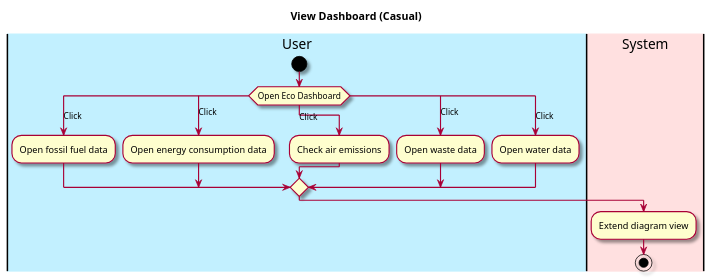
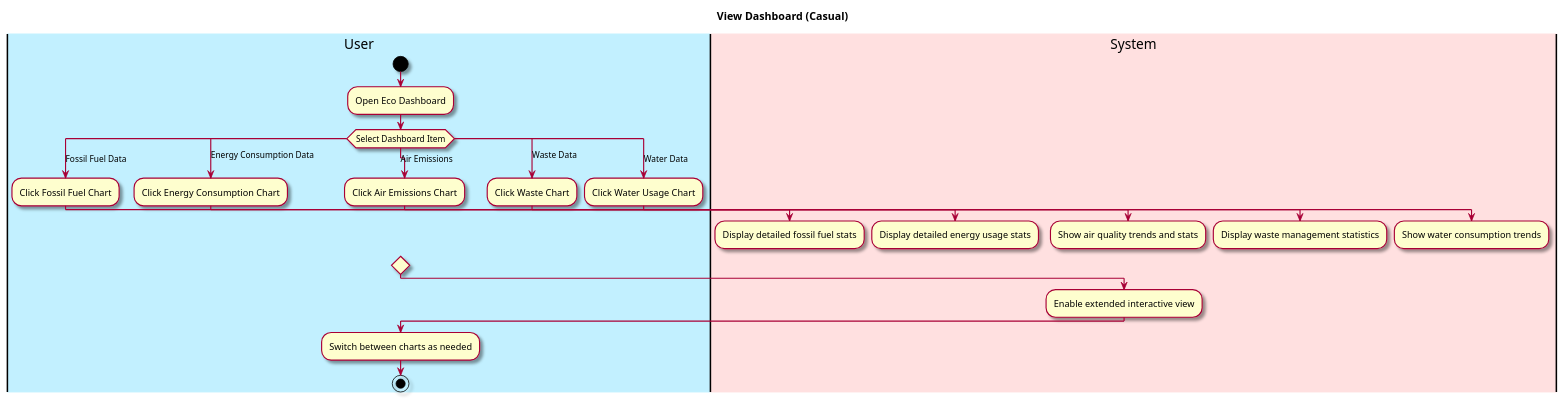
Before and after one commit to owhitleym-ui/EcoScoop: the diagram in intellij/doc/Functional Specification/view-dashboard.md, drawn with PlantUML. The commit also changed 2 other files, not shown here.

Commit message:
Finished updating rest of use cases

````diff
--- a/intellij/doc/Functional Specification/view-dashboard.md
+++ b/intellij/doc/Functional Specification/view-dashboard.md
@@ -23,30 +23,51 @@
 ```plantuml
 @startuml
 
 skin rose
 
 title View Dashboard (Casual)
 
 'define the lanes
 |#application|User|
 |#implementation|System|
 
 |User|
 start
-switch (Open Eco Dashboard)
-    case (Click)
-    :Open fossil fuel data;
-    case (Click)
-    :Open energy consumption data;
-    case (Click)
-    :Check air emissions;
-    case(Click)
-    :Open waste data;
-    case (Click)
-    :Open water data;
+:Open Eco Dashboard;
+
+switch (Select Dashboard Item)
+    case (Fossil Fuel Data)
+        |User|
+        :Click Fossil Fuel Chart;
+        |System|
+        :Display detailed fossil fuel stats;
+    case (Energy Consumption Data)
+        |User|
+        :Click Energy Consumption Chart;
+        |System|
+        :Display detailed energy usage stats;
+    case (Air Emissions)
+        |User|
+        :Click Air Emissions Chart;
+        |System|
+        :Show air quality trends and stats;
+    case (Waste Data)
+        |User|
+        :Click Waste Chart;
+        |System|
+        :Display waste management statistics;
+    case (Water Data)
+        |User|
+        :Click Water Usage Chart;
+        |System|
+        :Show water consumption trends;
 endswitch
+
 |System|
-:Extend diagram view;
+:Enable extended interactive view;
+|User|
+:Switch between charts as needed;
+
 stop
 @enduml
 ```
````
